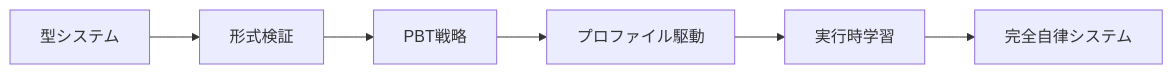
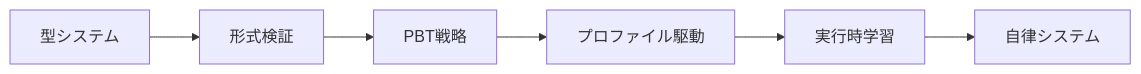
One commit to takeokunn/cl-chip8 changed the fourth of 4 diagrams in docs/README.md. Above: the diagram before and after it, drawn with Mermaid. The commit also changed other lines of this file and 20 other files, not shown here.

````diff
--- a/docs/README.md
+++ b/docs/README.md
@@ -92,8 +92,8 @@
 ```mermaid
 graph LR
     A[型システム] --> B[形式検証]
     B --> C[PBT戦略]
     C --> D[プロファイル駆動]
     D --> E[実行時学習]
-    E --> F[完全自律システム]
+    E --> F[自律システム]
 ```
````
